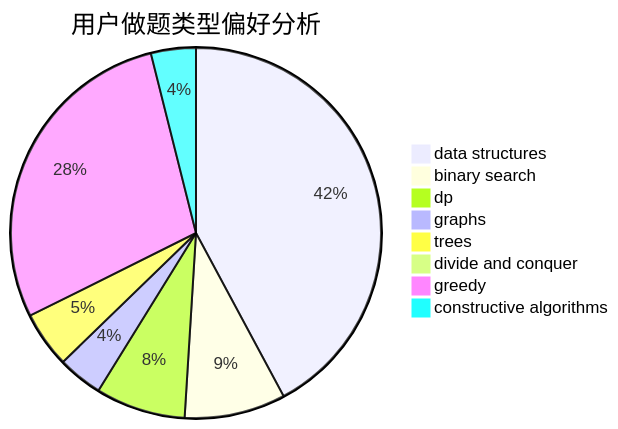
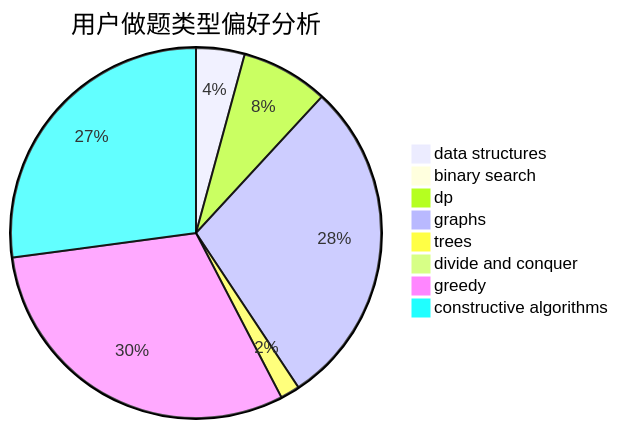
One commit to sherpahu/cfrs.github.io changed the second of 3 diagrams in docs/user/u2746.md. Above: the diagram before and after it, drawn with Mermaid. The commit also changed other lines of this file and 2770 other files, not shown here.

````diff
--- a/docs/user/u2746.md
+++ b/docs/user/u2746.md
@@ -23,11 +23,11 @@
 ```mermaid
 pie title 用户做题类型偏好分析
-    "data structures" :  43
-    "binary search" :  9
-    "dp" :  8
-    "graphs" :  4
-    "trees" :  5
-    "divide and conquer" :  0
-    "greedy" :  29
-    "constructive algorithms" :  4
+    "data structures" :  5
+    "binary search" :  1
+    "dp" :  9
+    "graphs" :  34
+    "trees" :  2
+    "divide and conquer" :  1
+    "greedy" :  36
+    "constructive algorithms" :  32
 ```
````
